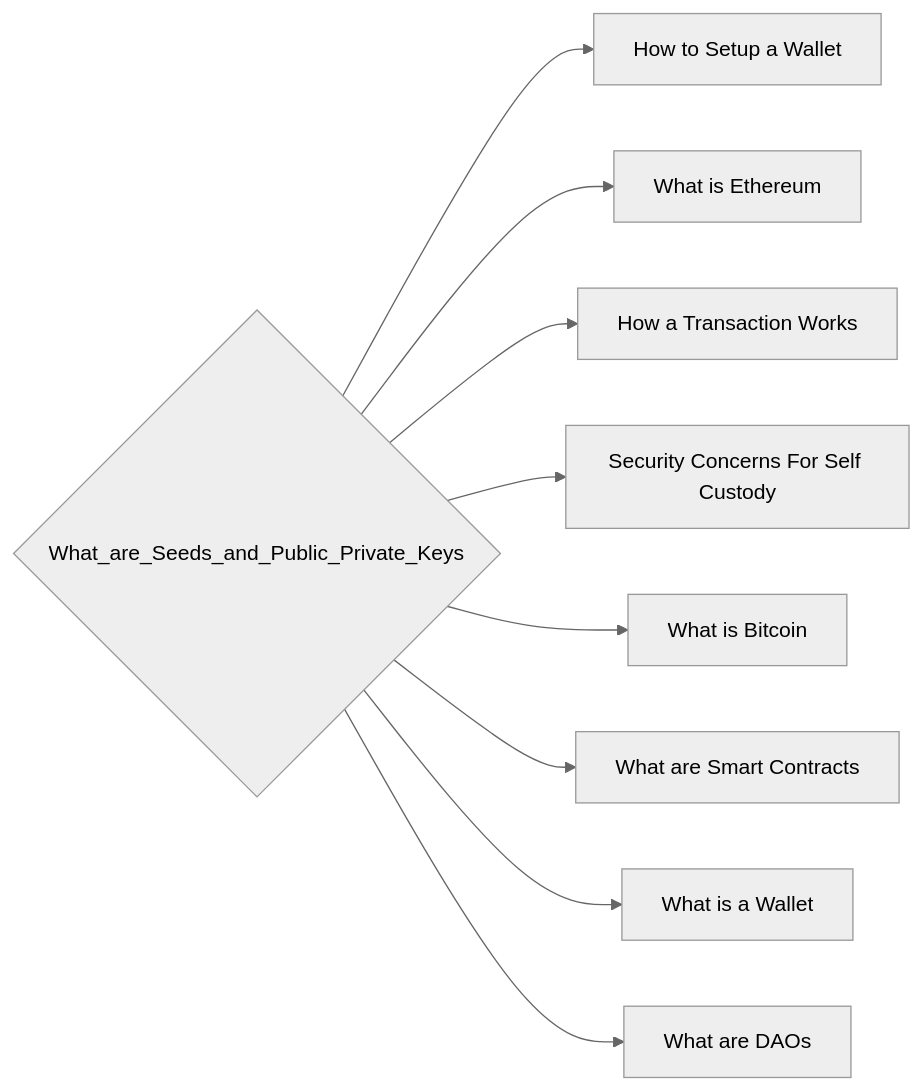
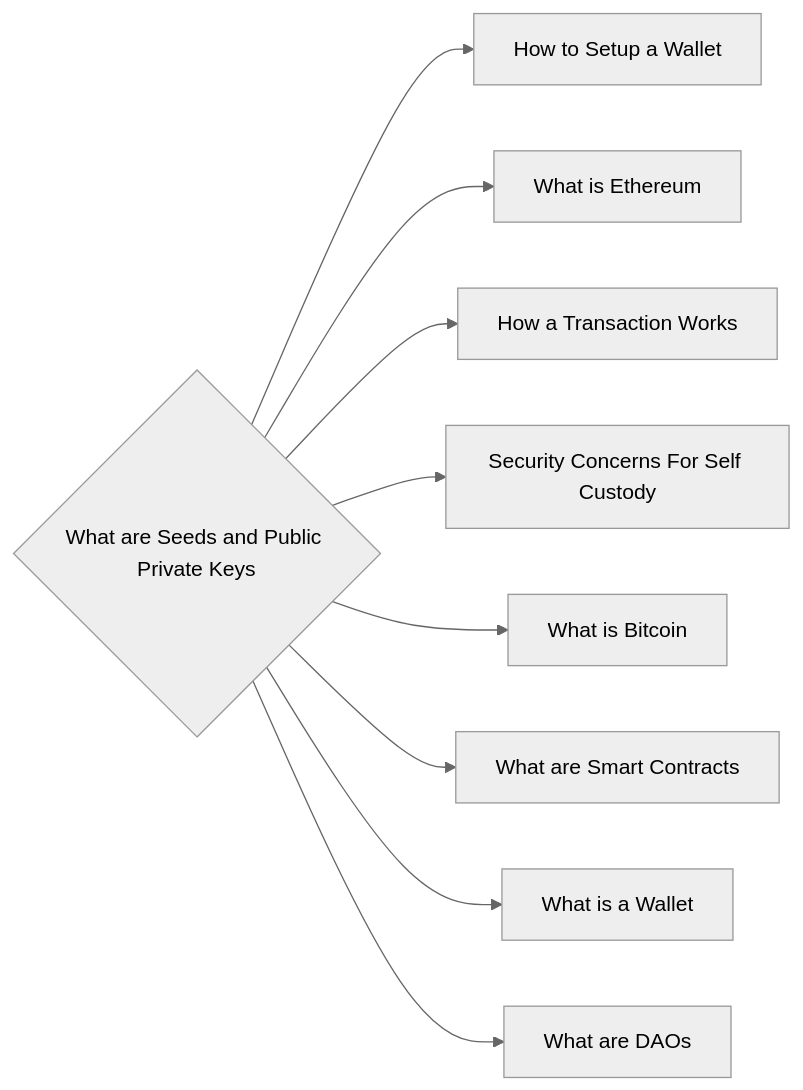
The diagram in notes/What_are_Seeds_and_Public_Private_Keys.md (lpurdy01/crypto-knowledge-map), drawn with Mermaid (neutral theme) before and after one commit. The commit also changed 58 other files, not shown here.

````diff
--- a/notes/What_are_Seeds_and_Public_Private_Keys.md
+++ b/notes/What_are_Seeds_and_Public_Private_Keys.md
@@ -6,11 +6,11 @@
 ```mermaid
 graph LR
-0{"What_are_Seeds_and_Public_Private_Keys"}-->1["How to Setup a Wallet"]
-0{"What_are_Seeds_and_Public_Private_Keys"}-->2["What is Ethereum"]
-0{"What_are_Seeds_and_Public_Private_Keys"}-->3["How a Transaction Works"]
-0{"What_are_Seeds_and_Public_Private_Keys"}-->4["Security Concerns For Self Custody"]
-0{"What_are_Seeds_and_Public_Private_Keys"}-->5["What is Bitcoin"]
-0{"What_are_Seeds_and_Public_Private_Keys"}-->6["What are Smart Contracts"]
-0{"What_are_Seeds_and_Public_Private_Keys"}-->7["What is a Wallet"]
-0{"What_are_Seeds_and_Public_Private_Keys"}-->8["What are DAOs"]
+0{"What are Seeds and Public Private Keys"}-->1["How to Setup a Wallet"]
+0{"What are Seeds and Public Private Keys"}-->2["What is Ethereum"]
+0{"What are Seeds and Public Private Keys"}-->3["How a Transaction Works"]
+0{"What are Seeds and Public Private Keys"}-->4["Security Concerns For Self Custody"]
+0{"What are Seeds and Public Private Keys"}-->5["What is Bitcoin"]
+0{"What are Seeds and Public Private Keys"}-->6["What are Smart Contracts"]
+0{"What are Seeds and Public Private Keys"}-->7["What is a Wallet"]
+0{"What are Seeds and Public Private Keys"}-->8["What are DAOs"]
 ```
````
